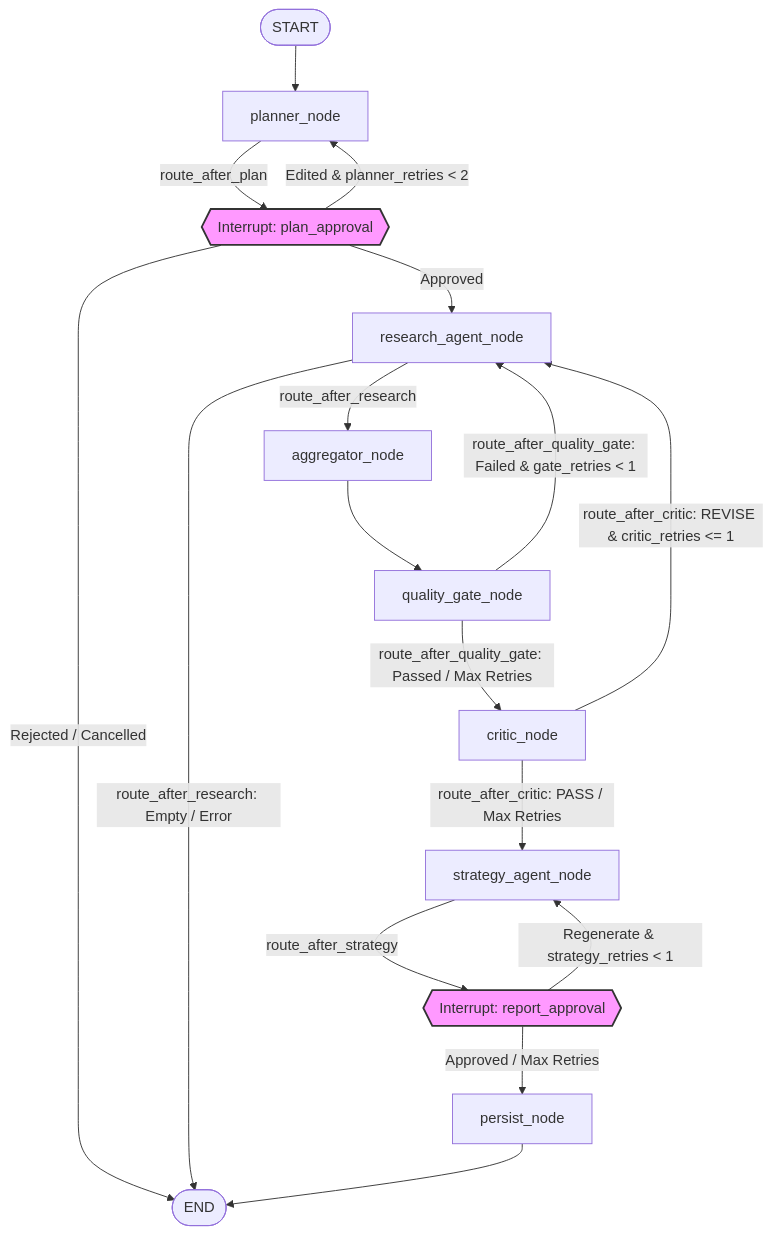
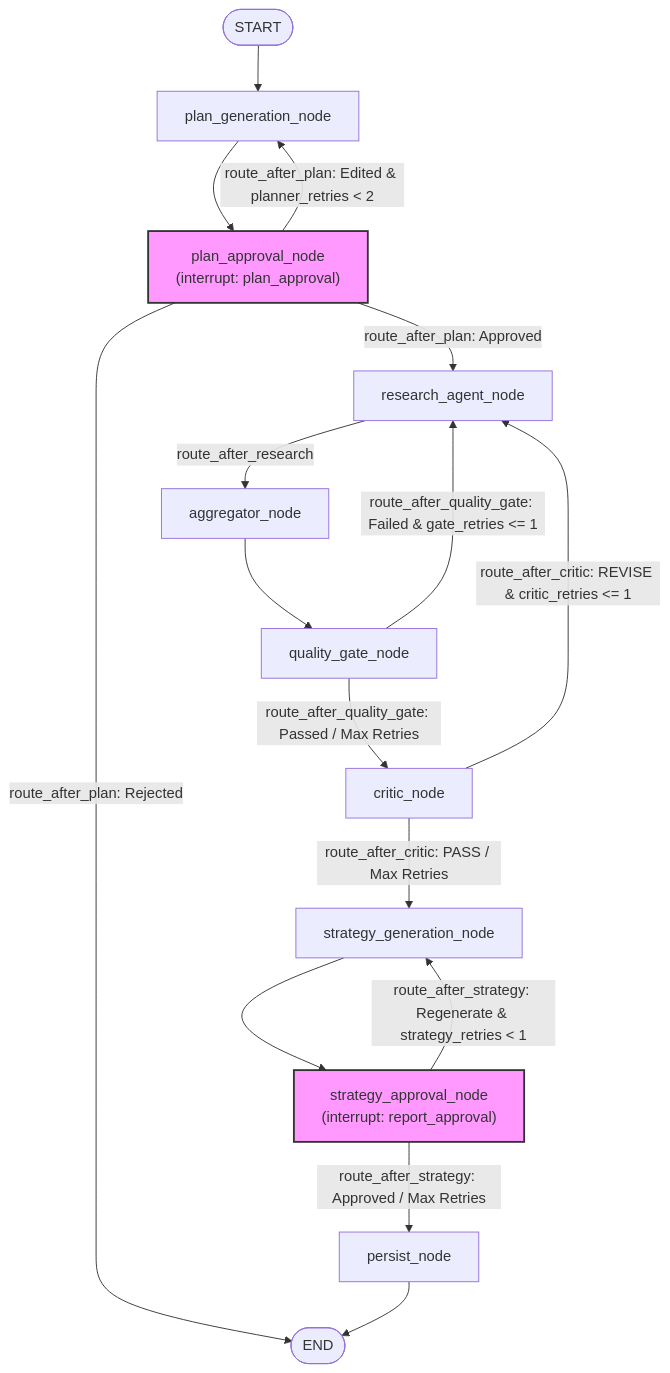
The diagram in README.md (Shafia-01/Stratix), drawn with Mermaid before and after one commit. The commit also changed other lines of this file, not shown here.

````diff
--- a/README.md
+++ b/README.md
@@ -71,29 +68,29 @@
 ```mermaid
 graph TD
-    START([START]) --> planner_node[planner_node]
+    START([START]) --> plan_generation_node[plan_generation_node]
+    plan_generation_node --> plan_approval_node["plan_approval_node<br/>(interrupt: plan_approval)"]
     
-    planner_node -->|route_after_plan| HITL1{{"Interrupt: plan_approval"}}
-    HITL1 -->|Approved| research_agent_node[research_agent_node]
-    HITL1 -->|Edited & planner_retries < 2| planner_node
-    HITL1 -->|Rejected / Cancelled| END([END])
+    plan_approval_node -->|route_after_plan: Approved| research_agent_node[research_agent_node]
+    plan_approval_node -->|route_after_plan: Edited & planner_retries < 2| plan_generation_node
+    plan_approval_node -->|route_after_plan: Rejected| END([END])
     
     research_agent_node -->|route_after_research| aggregator_node[aggregator_node]
-    research_agent_node -->|route_after_research: Empty / Error| END
     
     aggregator_node --> quality_gate_node[quality_gate_node]
     
-    quality_gate_node -->|route_after_quality_gate: Failed & gate_retries < 1| research_agent_node
+    quality_gate_node -->|route_after_quality_gate: Failed & gate_retries <= 1| research_agent_node
     quality_gate_node -->|route_after_quality_gate: Passed / Max Retries| critic_node[critic_node]
     
     critic_node -->|route_after_critic: REVISE & critic_retries <= 1| research_agent_node
-    critic_node -->|route_after_critic: PASS / Max Retries| strategy_agent_node[strategy_agent_node]
+    critic_node -->|route_after_critic: PASS / Max Retries| strategy_generation_node[strategy_generation_node]
     
-    strategy_agent_node -->|route_after_strategy| HITL2{{"Interrupt: report_approval"}}
-    HITL2 -->|Regenerate & strategy_retries < 1| strategy_agent_node
-    HITL2 -->|Approved / Max Retries| persist_node[persist_node]
+    strategy_generation_node --> strategy_approval_node["strategy_approval_node<br/>(interrupt: report_approval)"]
+    
+    strategy_approval_node -->|route_after_strategy: Regenerate & strategy_retries < 1| strategy_generation_node
+    strategy_approval_node -->|route_after_strategy: Approved / Max Retries| persist_node[persist_node]
     
     persist_node --> END([END])
 
-    style HITL1 fill:#f9f,stroke:#333,stroke-width:2px
-    style HITL2 fill:#f9f,stroke:#333,stroke-width:2px
+    style plan_approval_node fill:#f9f,stroke:#333,stroke-width:2px
+    style strategy_approval_node fill:#f9f,stroke:#333,stroke-width:2px
 ```
````
